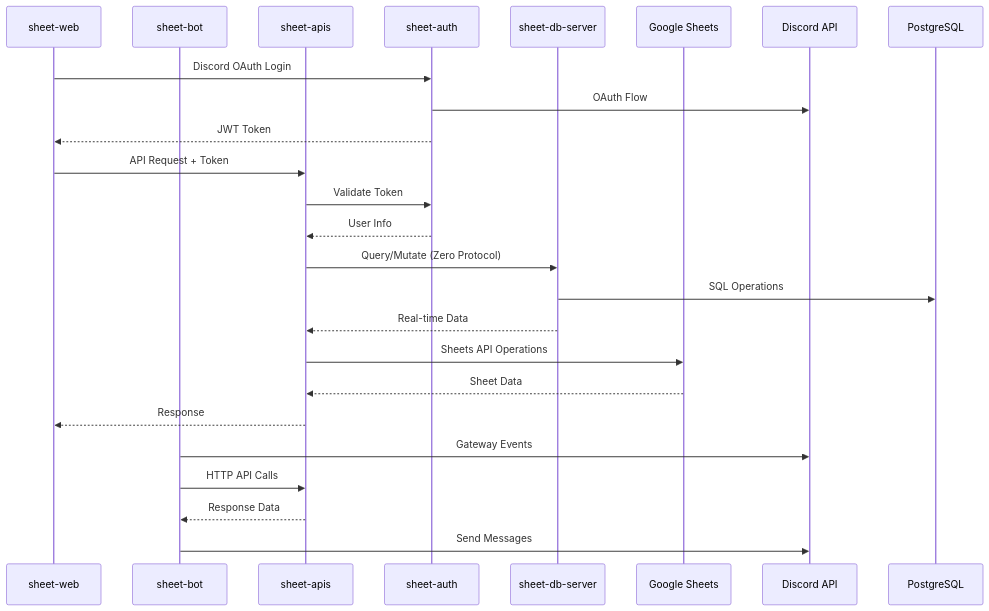
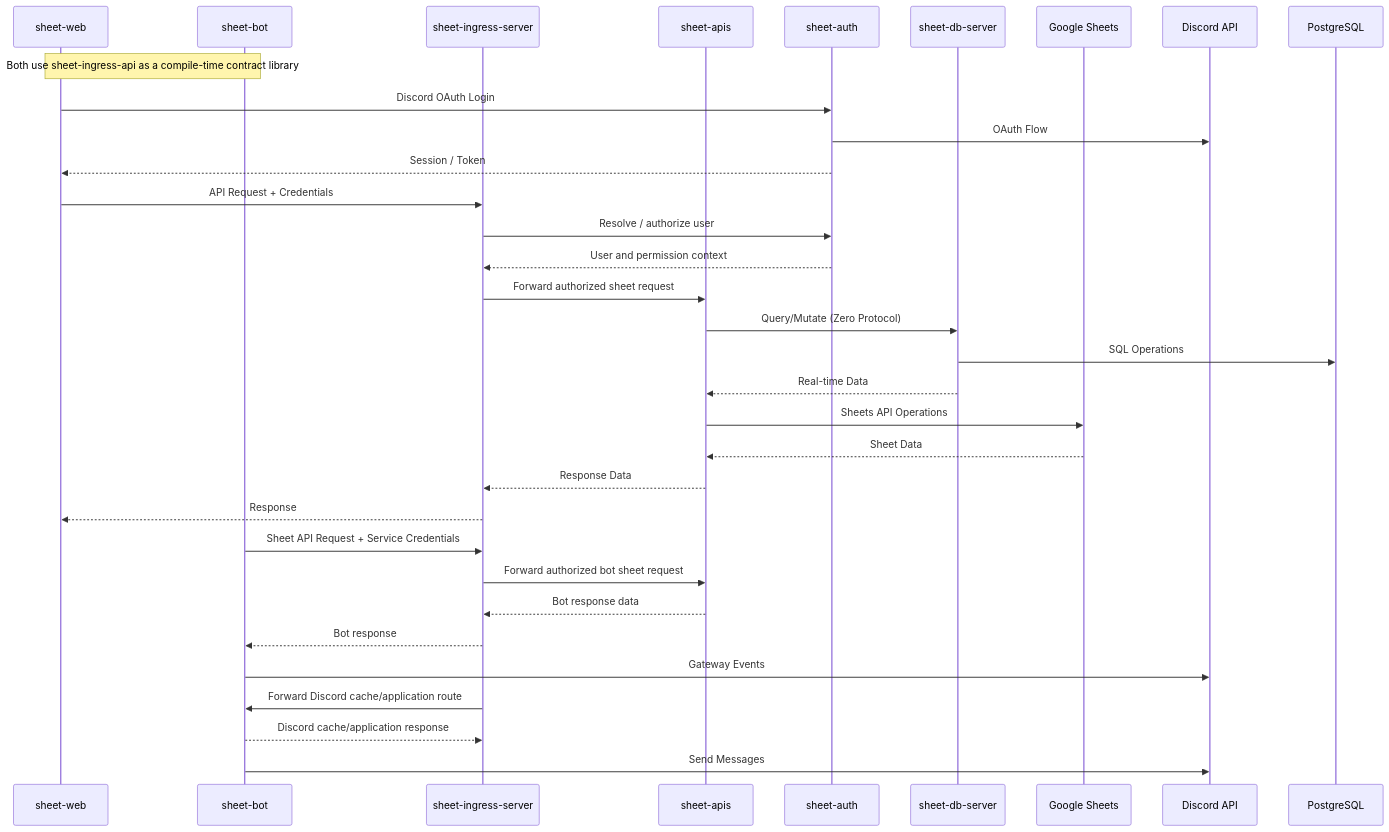
Before and after one commit to TheerapakG/tiara-stack: the second of 3 diagrams in README.md, drawn with Mermaid. The commit also changed other lines of this file and 1 other file, not shown here.

First line of the commit message:
feat: introduce `sheet-ingress-api` shared HttpApi contracts and `sheet-ingress-server` ingress/proxy package, update docs and dependency graph (#387)

````diff
--- a/README.md
+++ b/README.md
@@ -107,33 +128,42 @@
 ```mermaid
 sequenceDiagram
     participant Web as sheet-web
     participant Bot as sheet-bot
+    participant Ingress as sheet-ingress-server
     participant APIs as sheet-apis
     participant Auth as sheet-auth
     participant DB as sheet-db-server
     participant Google as Google Sheets
     participant Discord as Discord API
     participant Postgres as PostgreSQL
 
+    Note over Web,Bot: Both use sheet-ingress-api as a compile-time contract library
+
     Web->>Auth: Discord OAuth Login
     Auth->>Discord: OAuth Flow
-    Auth-->>Web: JWT Token
+    Auth-->>Web: Session / Token
 
-    Web->>APIs: API Request + Token
-    APIs->>Auth: Validate Token
-    Auth-->>APIs: User Info
+    Web->>Ingress: API Request + Credentials
+    Ingress->>Auth: Resolve / authorize user
+    Auth-->>Ingress: User and permission context
+    Ingress->>APIs: Forward authorized sheet request
 
     APIs->>DB: Query/Mutate (Zero Protocol)
     DB->>Postgres: SQL Operations
     DB-->>APIs: Real-time Data
 
     APIs->>Google: Sheets API Operations
     Google-->>APIs: Sheet Data
 
-    APIs-->>Web: Response
+    APIs-->>Ingress: Response Data
+    Ingress-->>Web: Response
 
+    Bot->>Ingress: Sheet API Request + Service Credentials
+    Ingress->>APIs: Forward authorized bot sheet request
+    APIs-->>Ingress: Bot response data
+    Ingress-->>Bot: Bot response
     Bot->>Discord: Gateway Events
-    Bot->>APIs: HTTP API Calls
-    APIs-->>Bot: Response Data
+    Ingress->>Bot: Forward Discord cache/application route
+    Bot-->>Ingress: Discord cache/application response
     Bot->>Discord: Send Messages
 ```
````
